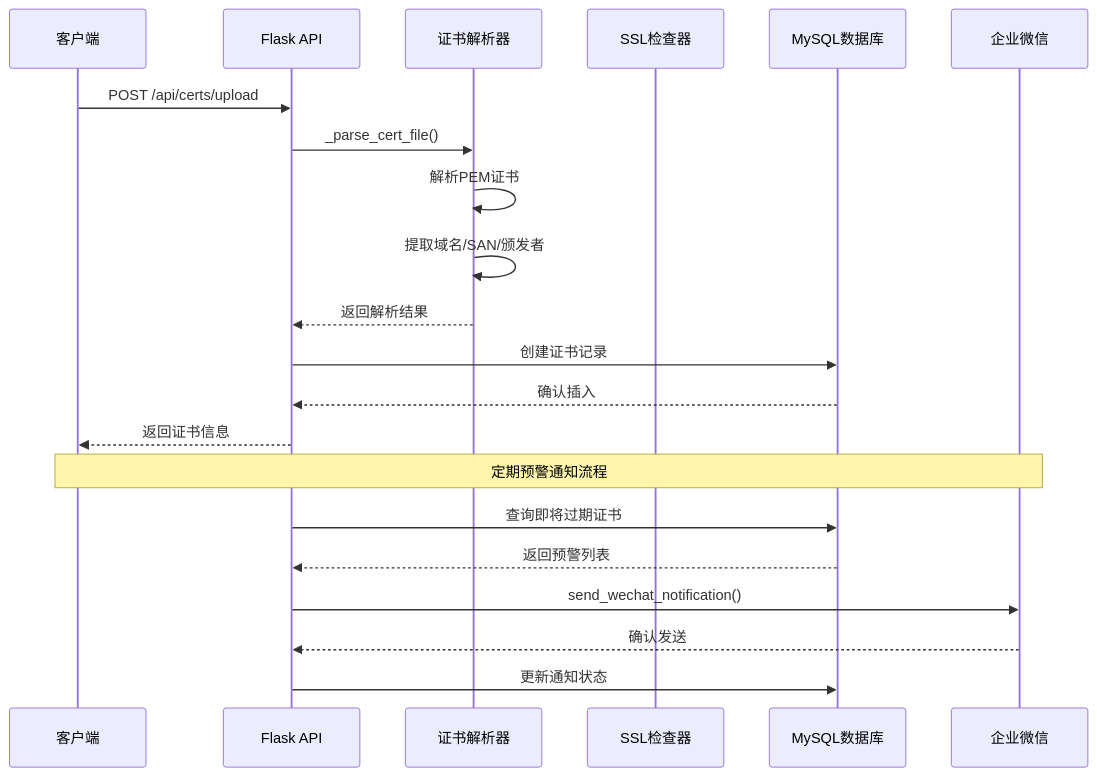
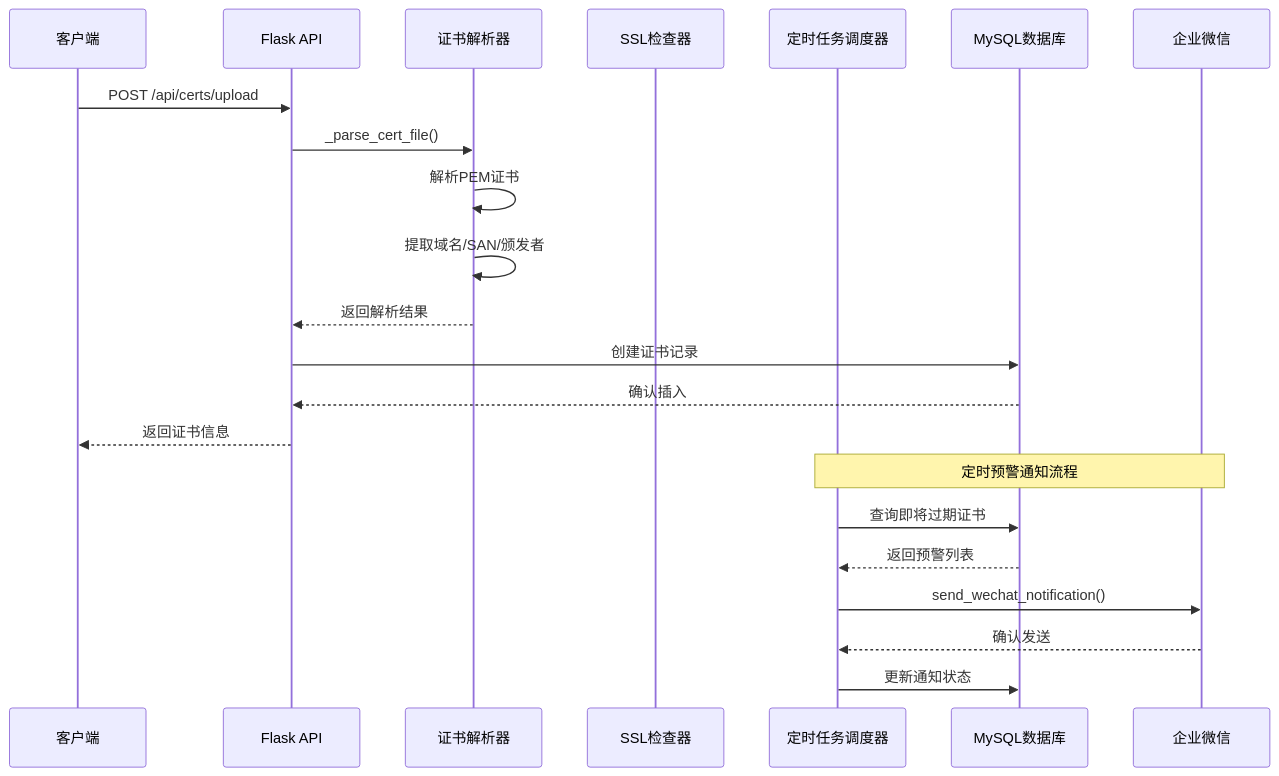
One commit to ismine3/OPS changed the third of 13 diagrams in .qoder/repowiki/zh/content/核心功能模块/SSL证书管理系统.md. Above: the diagram before and after it, drawn with Mermaid. The commit also changed other lines of this file and 5 other files, not shown here.

````diff
--- a/.qoder/repowiki/zh/content/核心功能模块/SSL证书管理系统.md
+++ b/.qoder/repowiki/zh/content/核心功能模块/SSL证书管理系统.md
@@ -189,23 +198,24 @@
 ```mermaid
 sequenceDiagram
 participant Client as 客户端
 participant API as Flask API
 participant Parser as 证书解析器
 participant Checker as SSL检查器
+participant Scheduler as 定时任务调度器
 participant DB as MySQL数据库
 participant WeChat as 企业微信
 Client->>API : POST /api/certs/upload
 API->>Parser : _parse_cert_file()
 Parser->>Parser : 解析PEM证书
 Parser->>Parser : 提取域名/SAN/颁发者
 Parser-->>API : 返回解析结果
 API->>DB : 创建证书记录
 DB-->>API : 确认插入
 API-->>Client : 返回证书信息
-Note over Client,WeChat : 定期预警通知流程
-API->>DB : 查询即将过期证书
-DB-->>API : 返回预警列表
-API->>WeChat : send_wechat_notification()
-WeChat-->>API : 确认发送
-API->>DB : 更新通知状态
+Note over Scheduler,WeChat : 定时预警通知流程
+Scheduler->>DB : 查询即将过期证书
+DB-->>Scheduler : 返回预警列表
+Scheduler->>WeChat : send_wechat_notification()
+WeChat-->>Scheduler : 确认发送
+Scheduler->>DB : 更新通知状态
 ```
````
